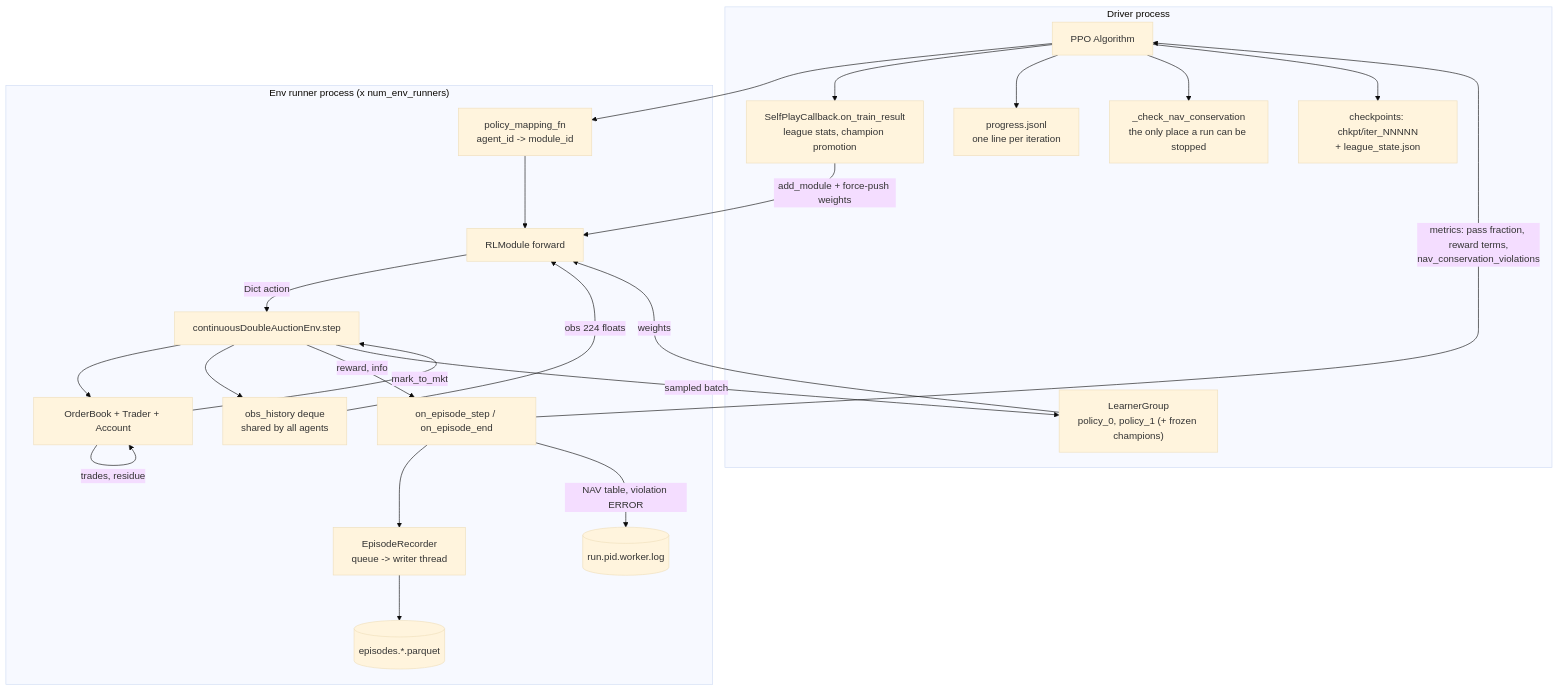
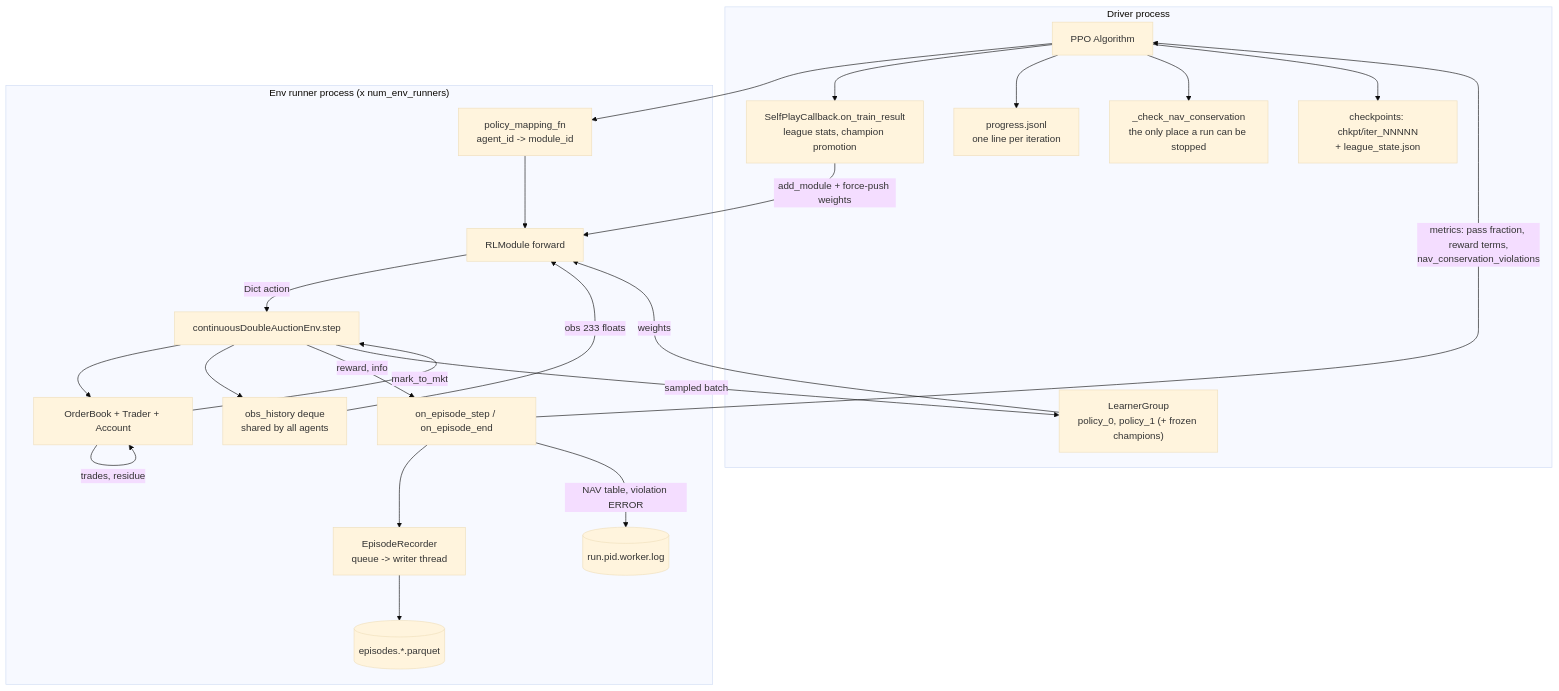
Before and after one commit to ChuaCheowHuan/gym-continuousDoubleAuction: the fifth of 5 diagrams in doc/02_architecture.md, drawn with Mermaid (base theme). The commit also changed other lines of this file and 30 other files, not shown here.

````diff
--- a/doc/02_architecture.md
+++ b/doc/02_architecture.md
@@ -565,43 +565,43 @@
 ```mermaid
 flowchart TB
     subgraph DRV["Driver process"]
         ALGO["PPO Algorithm"]
         LG["LearnerGroup<br/>policy_0, policy_1 (+ frozen champions)"]
         OTR["SelfPlayCallback.on_train_result<br/>league stats, champion promotion"]
         PROG["progress.jsonl<br/>one line per iteration"]
         NAVCHK["_check_nav_conservation<br/>the only place a run can be stopped"]
         CHK["checkpoints: chkpt/iter_NNNNN<br/>+ league_state.json"]
     end
 
     subgraph RUN["Env runner process (x num_env_runners)"]
         MAP["policy_mapping_fn<br/>agent_id -> module_id"]
         RLM["RLModule forward"]
         ENV["continuousDoubleAuctionEnv.step"]
         BOOK["OrderBook + Trader + Account"]
         OBSH["obs_history deque<br/>shared by all agents"]
         HOOKS["on_episode_step / on_episode_end"]
         REC["EpisodeRecorder<br/>queue -> writer thread"]
         PARQ[("episodes.*.parquet")]
         RLOG[("run.pid.worker.log")]
     end
 
     ALGO --> MAP
     MAP --> RLM
     RLM -->|"Dict action"| ENV
     ENV --> BOOK
     BOOK -->|"trades, residue"| BOOK
     BOOK -->|"mark_to_mkt"| ENV
     ENV --> OBSH
-    OBSH -->|"obs 224 floats"| RLM
+    OBSH -->|"obs 233 floats"| RLM
     ENV -->|"reward, info"| HOOKS
     HOOKS --> REC --> PARQ
     HOOKS -->|"NAV table, violation ERROR"| RLOG
     HOOKS -->|"metrics: pass fraction, reward terms,<br/>nav_conservation_violations"| ALGO
     ENV -->|"sampled batch"| LG
     LG -->|"weights"| RLM
     ALGO --> OTR
     OTR -->|"add_module + force-push weights"| RLM
     ALGO --> PROG
     ALGO --> NAVCHK
     ALGO --> CHK
 ```
````
